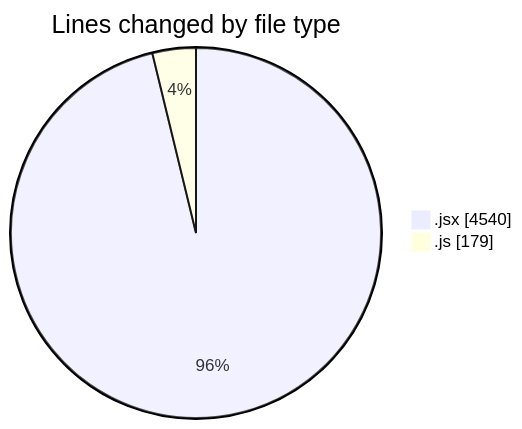
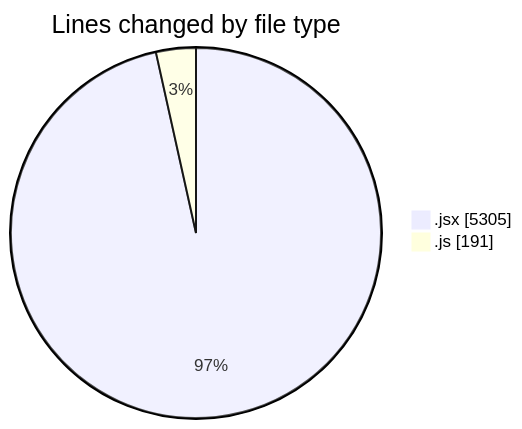
One commit to nxtqubesakshisongat/code-tracking changed the first of 2 diagrams in 2025-06-21/nxtqube_webapp/README.md. Above: the diagram before and after it, drawn with Mermaid. The commit also changed other lines of this file and 1 other file, not shown here.

````diff
--- a/2025-06-21/nxtqube_webapp/README.md
+++ b/2025-06-21/nxtqube_webapp/README.md
@@ -25,6 +25,6 @@
 ```mermaid
 pie showData
 title Lines changed by file type
-".jsx" : 4540
-".js" : 179
+".jsx" : 5305
+".js" : 191
 ```
````
